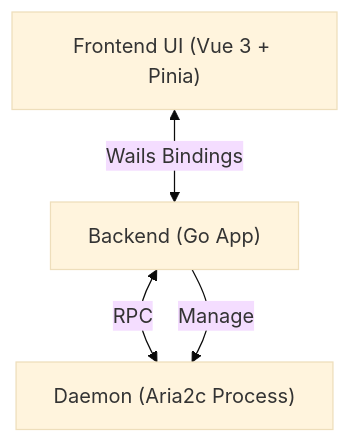
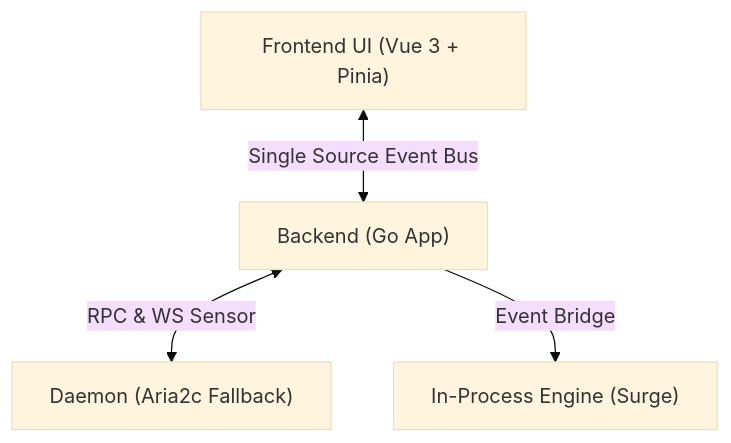
The diagram in README.md (superGekFordJ/goaria-v3), drawn with Mermaid (base theme) before and after one commit. The commit also changed other lines of this file and 1 other file, not shown here.

Commit message:
feat(readme): update intro and features for v3.0 dual-core architecture

````diff
--- a/README.md
+++ b/README.md
@@ -72,6 +76,6 @@
 ```mermaid
 graph TD
-    A["Frontend UI (Vue 3 + Pinia)"] <-->|Wails Bindings| B["Backend (Go App)"]
-    B <-->|RPC| C["Daemon (Aria2c Process)"]
-    B -->|Manage| C
+    A["Frontend UI (Vue 3 + Pinia)"] <-->|Single Source Event Bus| B["Backend (Go App)"]
+    B <-->|RPC & WS Sensor| C["Daemon (Aria2c Fallback)"]
+    B -->|Event Bridge| D["In-Process Engine (Surge)"]
 ```
````
